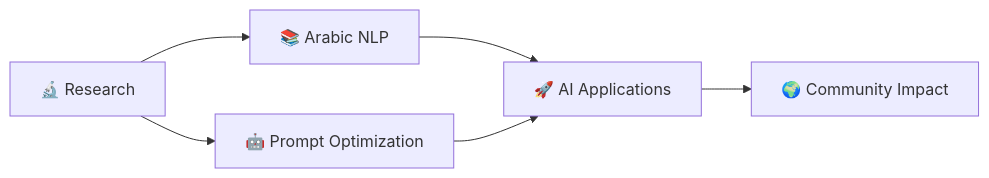
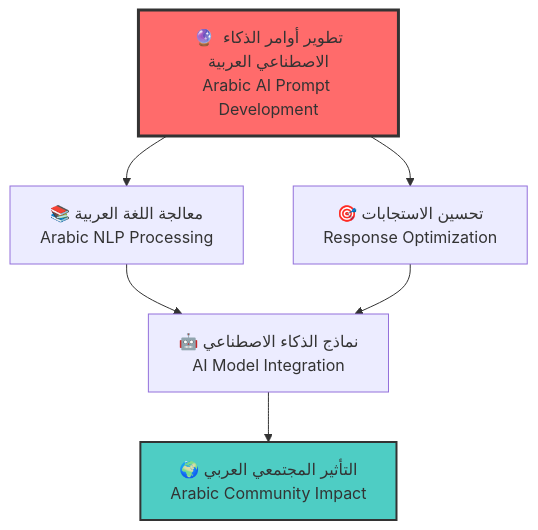
The first of 2 diagrams in README.md (MarwanDevSpace/Marwan.dev), drawn with Mermaid before and after one commit. The commit also changed other lines of this file, not shown here.

````diff
--- a/README.md
+++ b/README.md
@@ -348,8 +144,11 @@
 ```mermaid
-graph LR
-    A[🔬 Research] --> B[📚 Arabic NLP]
-    A --> C[🤖 Prompt Optimization]
-    B --> D[🚀 AI Applications]
+graph TD
+    A[🔮 تطوير أوامر الذكاء الاصطناعي العربية<br/>Arabic AI Prompt Development] --> B[📚 معالجة اللغة العربية<br/>Arabic NLP Processing]
+    A --> C[🎯 تحسين الاستجابات<br/>Response Optimization]
+    B --> D[🤖 نماذج الذكاء الاصطناعي<br/>AI Model Integration]
     C --> D
-    D --> E[🌍 Community Impact]
+    D --> E[🌍 التأثير المجتمعي العربي<br/>Arabic Community Impact]
+    
+    style A fill:#FF6B6B,stroke:#333,stroke-width:3px
+    style E fill:#4ECDC4,stroke:#333,stroke-width:2px
 ```
````
